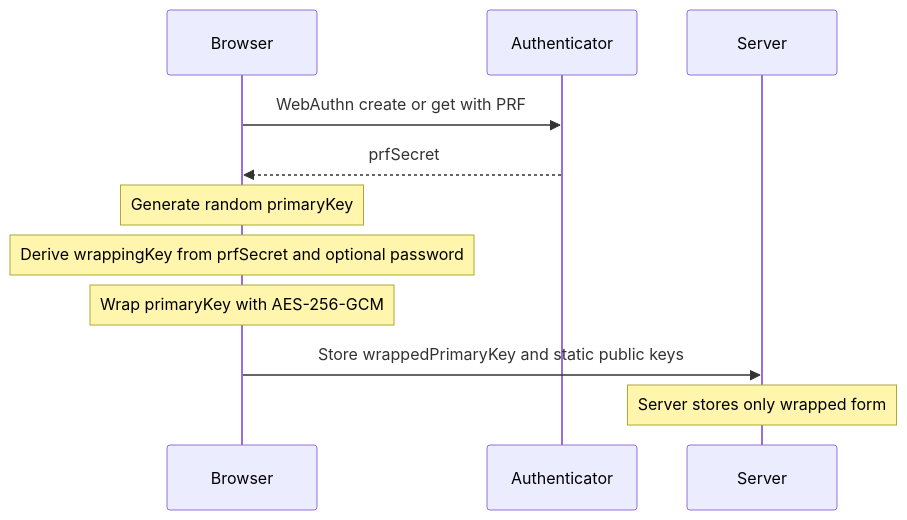
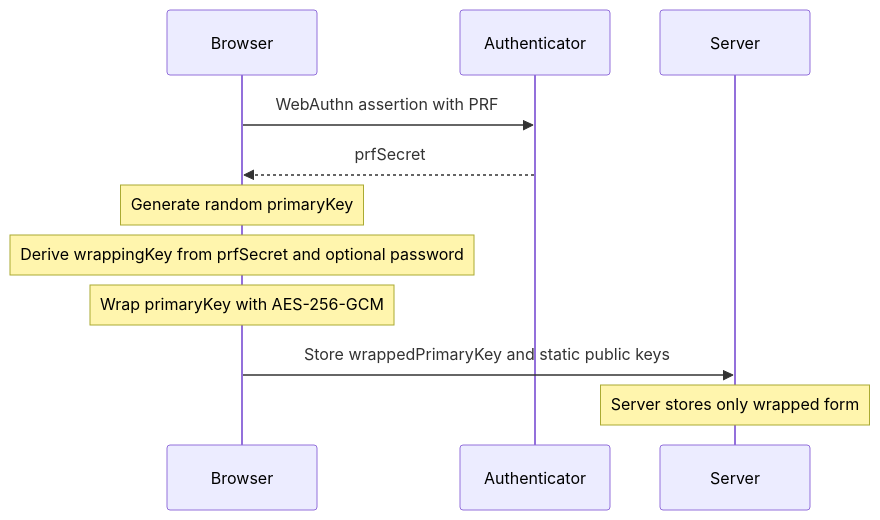
The second of 9 diagrams in docs/content/docs/crypto-architecture.md (ItalyPaleAle/revaulter), drawn with Mermaid before and after one commit. The commit also changed other lines of this file, not shown here.

First line of the commit message:
Update crypto-architecture

````diff
--- a/docs/content/docs/crypto-architecture.md
+++ b/docs/content/docs/crypto-architecture.md
@@ -85,14 +89,14 @@
 ```mermaid
 sequenceDiagram
     participant B as Browser
     participant A as Authenticator
     participant S as Server
 
-    B->>A: WebAuthn create or get with PRF
+    B->>A: WebAuthn assertion with PRF
     A-->>B: prfSecret
     Note over B: Generate random primaryKey
     Note over B: Derive wrappingKey from prfSecret and optional password
     Note over B: Wrap primaryKey with AES-256-GCM
     B->>S: Store wrappedPrimaryKey and static public keys
     Note over S: Server stores only wrapped form
 ```
````
